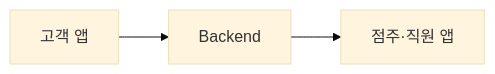
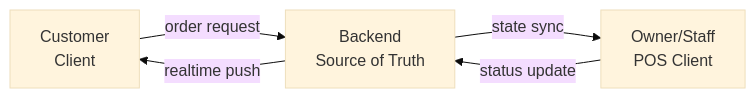
Before and after one commit to MGRV-Project/.github: the first of 3 diagrams in profile/README.md, drawn with Mermaid (base theme). The commit also changed other lines of this file, not shown here.

````diff
--- a/profile/README.md
+++ b/profile/README.md
@@ -15,5 +54,7 @@
 ```mermaid
 flowchart LR
-    Customer["고객 앱"] --> Backend["Backend"]
-    Backend --> POS["점주·직원 앱"]
+    Customer["Customer\nClient"] -->|order request| Backend["Backend\nSource of Truth"]
+    Backend -->|state sync| POS["Owner/Staff\nPOS Client"]
+    POS -->|status update| Backend
+    Backend -->|realtime push| Customer
 ```
````
